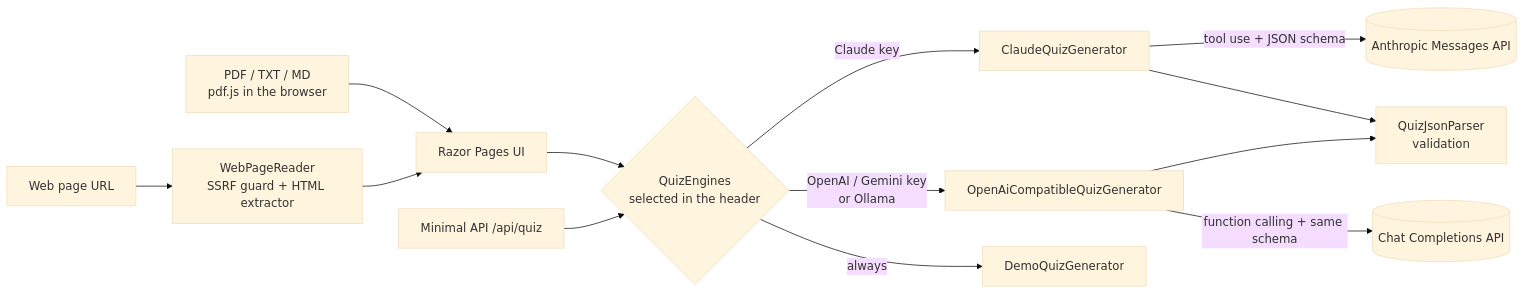
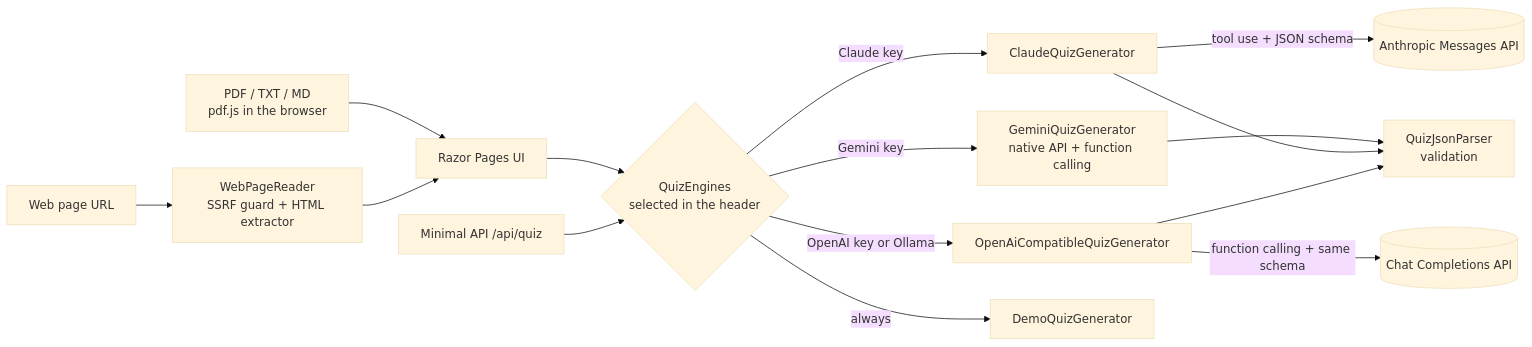
One commit to MathieuMoe/ai-quiz-generator changed the diagram in README.md. Above: the diagram before and after it, drawn with Mermaid (base theme). The commit also changed other lines of this file and 7 other files, not shown here.

````diff
--- a/README.md
+++ b/README.md
@@ -36,14 +36,16 @@
 ```mermaid
 flowchart LR
     PDF[PDF / TXT / MD<br/>pdf.js in the browser] --> UI
     URL[Web page URL] --> W[WebPageReader<br/>SSRF guard + HTML extractor] --> UI
     UI[Razor Pages UI] --> R{QuizEngines<br/>selected in the header}
     API[Minimal API /api/quiz] --> R
     R -->|Claude key| C[ClaudeQuizGenerator]
-    R -->|OpenAI / Gemini key<br/>or Ollama| O[OpenAiCompatibleQuizGenerator]
+    R -->|OpenAI key or Ollama| O[OpenAiCompatibleQuizGenerator]
+    R -->|Gemini key| GM[GeminiQuizGenerator<br/>native API + function calling]
+    GM --> P
     R -->|always| D[DemoQuizGenerator]
     C -->|tool use + JSON schema| A[(Anthropic Messages API)]
     O -->|function calling + same schema| X[(Chat Completions API)]
     C --> P[QuizJsonParser<br/>validation]
     O --> P
 ```
````
